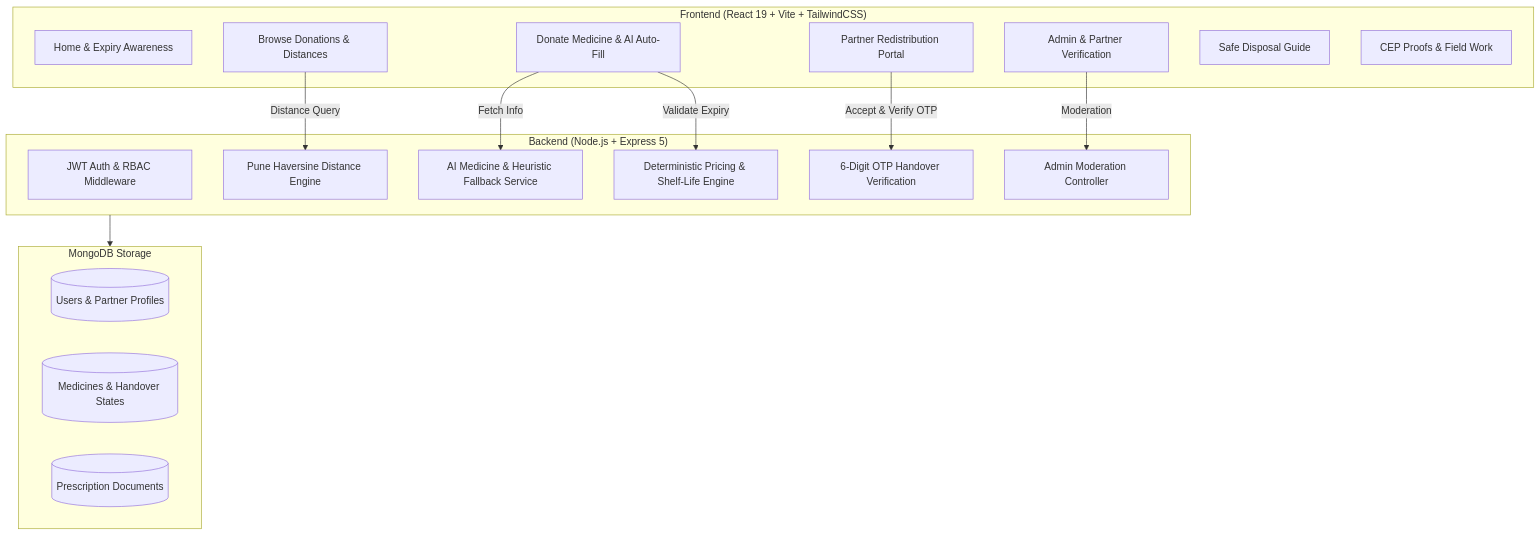
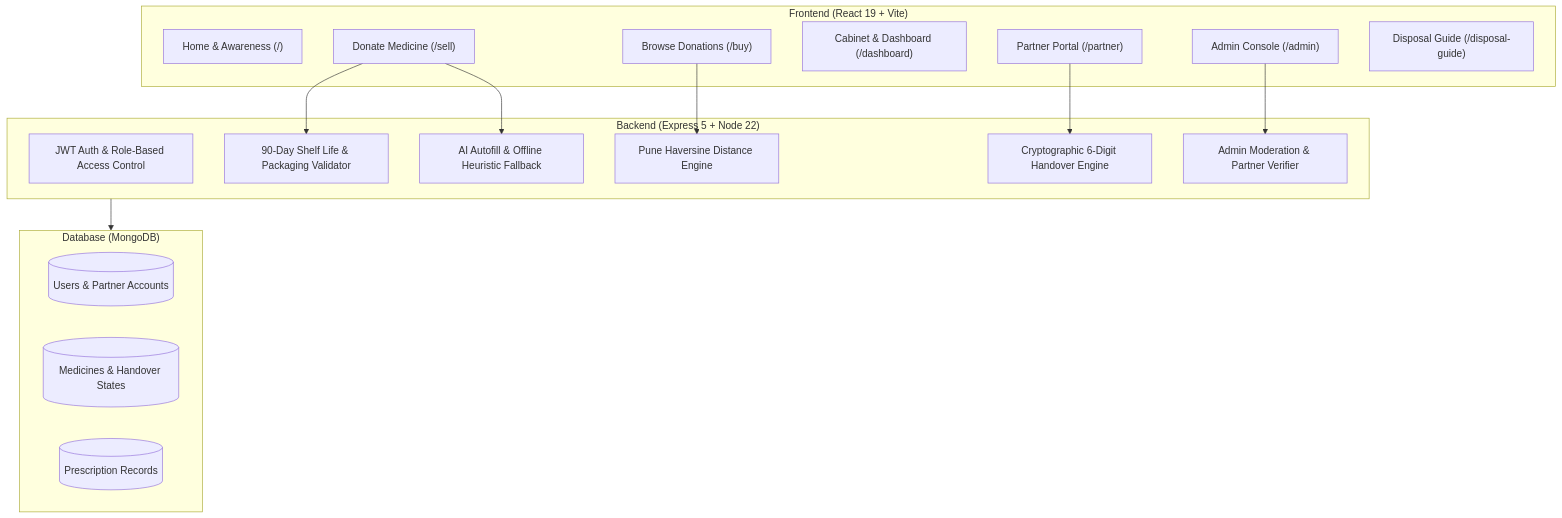
Before and after one commit to Vidyang07/medisave: the second of 2 diagrams in README.md, drawn with Mermaid. The commit also changed other lines of this file and 33 other files, not shown here.

````diff
--- a/README.md
+++ b/README.md
@@ -161,34 +108,34 @@
 ```mermaid
 graph TD
-    subgraph Client ["Frontend (React 19 + Vite + TailwindCSS)"]
-        UI_Home[Home & Expiry Awareness]
-        UI_Browse[Browse Donations & Distances]
-        UI_Donate[Donate Medicine & AI Auto-Fill]
-        UI_Partner[Partner Redistribution Portal]
-        UI_Admin[Admin & Partner Verification]
-        UI_Disposal[Safe Disposal Guide]
-        UI_Proofs[CEP Proofs & Field Work]
+    subgraph Client ["Frontend (React 19 + Vite)"]
+        UI_Home["Home & Awareness (/)"]
+        UI_Donate["Donate Medicine (/sell)"]
+        UI_Browse["Browse Donations (/buy)"]
+        UI_Cabinet["Cabinet & Dashboard (/dashboard)"]
+        UI_Partner["Partner Portal (/partner)"]
+        UI_Admin["Admin Console (/admin)"]
+        UI_Disposal["Disposal Guide (/disposal-guide)"]
     end
 
-    subgraph Server ["Backend (Node.js + Express 5)"]
-        AuthMid[JWT Auth & RBAC Middleware]
-        PricingSvc[Deterministic Pricing & Shelf-Life Engine]
-        LocalitySvc[Pune Haversine Distance Engine]
-        AiSvc[AI Medicine & Heuristic Fallback Service]
-        HandoverSvc[6-Digit OTP Handover Verification]
-        AdminCtrl[Admin Moderation Controller]
+    subgraph Server ["Backend (Express 5 + Node 22)"]
+        AuthMid["JWT Auth & Role-Based Access Control"]
+        SafetySvc["90-Day Shelf Life & Packaging Validator"]
+        ProximitySvc["Pune Haversine Distance Engine"]
+        AiSvc["AI Autofill & Offline Heuristic Fallback"]
+        OtpSvc["Cryptographic 6-Digit Handover Engine"]
+        AdminCtrl["Admin Moderation & Partner Verifier"]
     end
 
-    subgraph Database ["MongoDB Storage"]
-        DB_Users[(Users & Partner Profiles)]
-        DB_Meds[(Medicines & Handover States)]
-        DB_Rx[(Prescription Documents)]
+    subgraph Storage ["Database (MongoDB)"]
+        DB_Users[("Users & Partner Accounts")]
+        DB_Meds[("Medicines & Handover States")]
+        DB_Rx[("Prescription Records")]
     end
 
-    UI_Donate -->|Fetch Info| AiSvc
-    UI_Donate -->|Validate Expiry| PricingSvc
-    UI_Browse -->|Distance Query| LocalitySvc
-    UI_Partner -->|Accept & Verify OTP| HandoverSvc
-    UI_Admin -->|Moderation| AdminCtrl
-    Server --> Database
+    UI_Donate --> SafetySvc
+    UI_Donate --> AiSvc
+    UI_Browse --> ProximitySvc
+    UI_Partner --> OtpSvc
+    UI_Admin --> AdminCtrl
+    Server --> Storage
 ```
````
